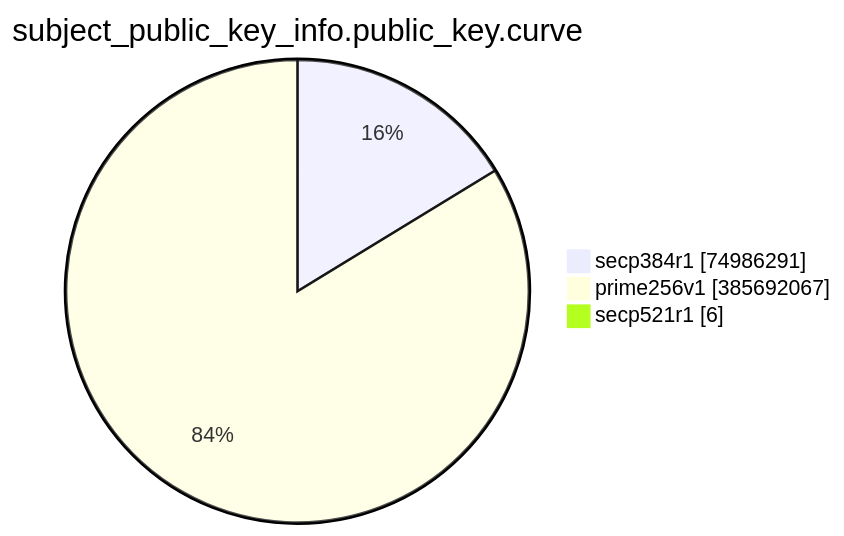
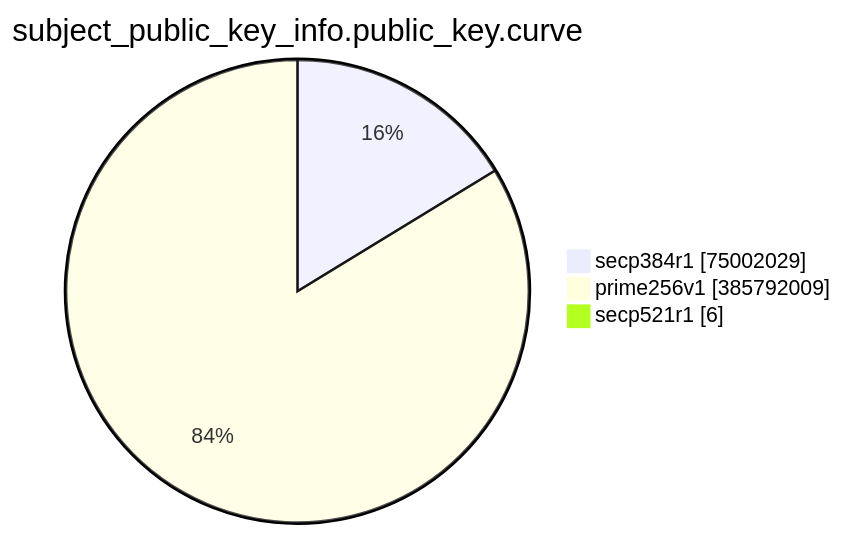
One commit to christiankrug/ctmonitor_visualization changed the eighth of 15 diagrams in TOTAL/README.md. Above: the diagram before and after it, drawn with Mermaid. The commit also changed other lines of this file, not shown here.

````diff
--- a/TOTAL/README.md
+++ b/TOTAL/README.md
@@ -3094,7 +3094,7 @@
 ```mermaid
 pie showData
 title subject_public_key_info.public_key.curve
-"secp384r1" :74986291
-"prime256v1" :385692067
+"secp384r1" :75002029
+"prime256v1" :385792009
 "secp521r1" :6
 ```
````
